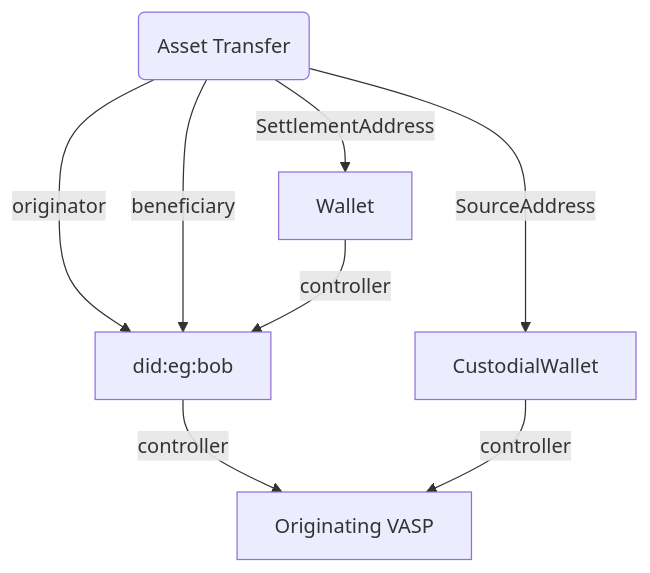
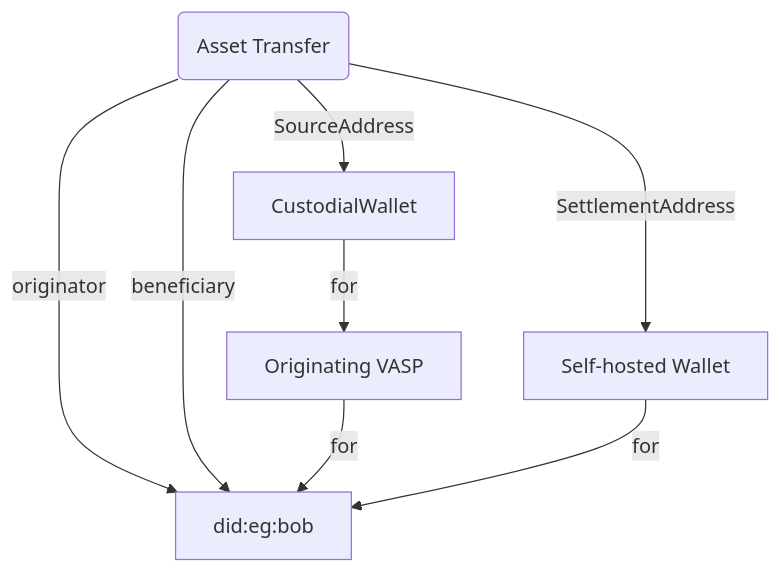
The third of 3 diagrams in TAIPs/taip-5.md (TransactionAuthorizationProtocol/TAIPs), drawn with Mermaid before and after one commit. The commit also changed other lines of this file and 1 other file, not shown here.

````diff
--- a/TAIPs/taip-5.md
+++ b/TAIPs/taip-5.md
@@ -388,10 +163,10 @@
 ```mermaid
 graph TD
     Transfer(Asset Transfer) --->|originator| Customer[did:eg:bob]
     Transfer -->|beneficiary| Customer
-    Transfer -->|SettlementAddress| Wallet
+    Transfer -->|SettlementAddress| Wallet[Self-hosted Wallet]
     Transfer -->|SourceAddress| CustodialWallet
-    Customer -->|controller| OriginatingVASP[Originating VASP]
-    Wallet -->|controller| Customer
-    CustodialWallet -->|controller| OriginatingVASP
+    OriginatingVASP[Originating VASP] -->|for| Customer
+    CustodialWallet -->|for| OriginatingVASP
+    Wallet -->|for| Customer
 ```
````
